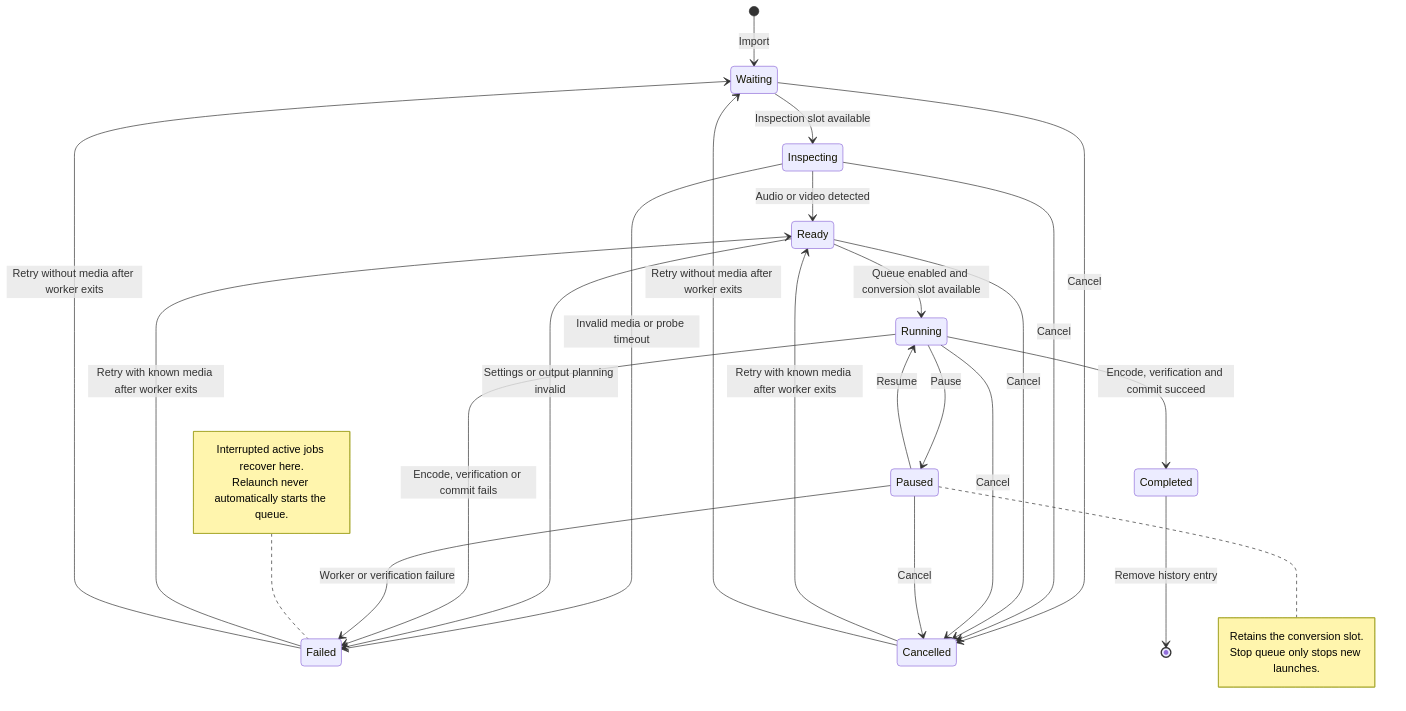
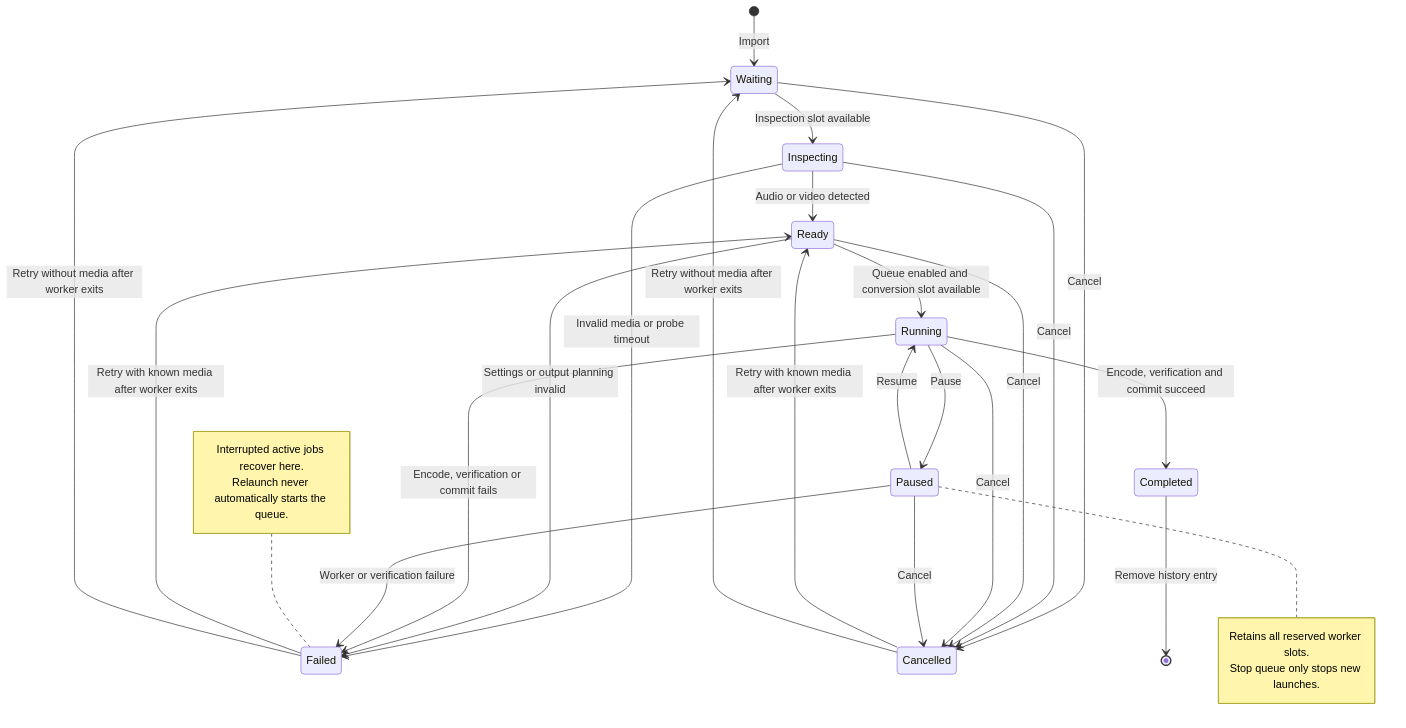
Before and after one commit to giridharmb/VideoConverter: the third of 6 diagrams in Documentation/DIAGRAMS.md, drawn with Mermaid. The commit also changed other lines of this file and 26 other files, not shown here.

````diff
--- a/Documentation/DIAGRAMS.md
+++ b/Documentation/DIAGRAMS.md
@@ -100,32 +103,32 @@
 ```mermaid
 stateDiagram-v2
     [*] --> Waiting: Import
     Waiting --> Inspecting: Inspection slot available
     Inspecting --> Ready: Audio or video detected
     Inspecting --> Failed: Invalid media or probe timeout
     Ready --> Running: Queue enabled and conversion slot available
     Ready --> Failed: Settings or output planning invalid
     Running --> Paused: Pause
     Paused --> Running: Resume
     Running --> Completed: Encode, verification and commit succeed
     Running --> Failed: Encode, verification or commit fails
     Paused --> Failed: Worker or verification failure
     Waiting --> Cancelled: Cancel
     Inspecting --> Cancelled: Cancel
     Ready --> Cancelled: Cancel
     Running --> Cancelled: Cancel
     Paused --> Cancelled: Cancel
     Failed --> Ready: Retry with known media after worker exits
     Failed --> Waiting: Retry without media after worker exits
     Cancelled --> Ready: Retry with known media after worker exits
     Cancelled --> Waiting: Retry without media after worker exits
     Completed --> [*]: Remove history entry
     note right of Paused
-        Retains the conversion slot.
+        Retains all reserved worker slots.
         Stop queue only stops new launches.
     end note
     note left of Failed
         Interrupted active jobs recover here.
         Relaunch never automatically starts the queue.
     end note
 ```
````
